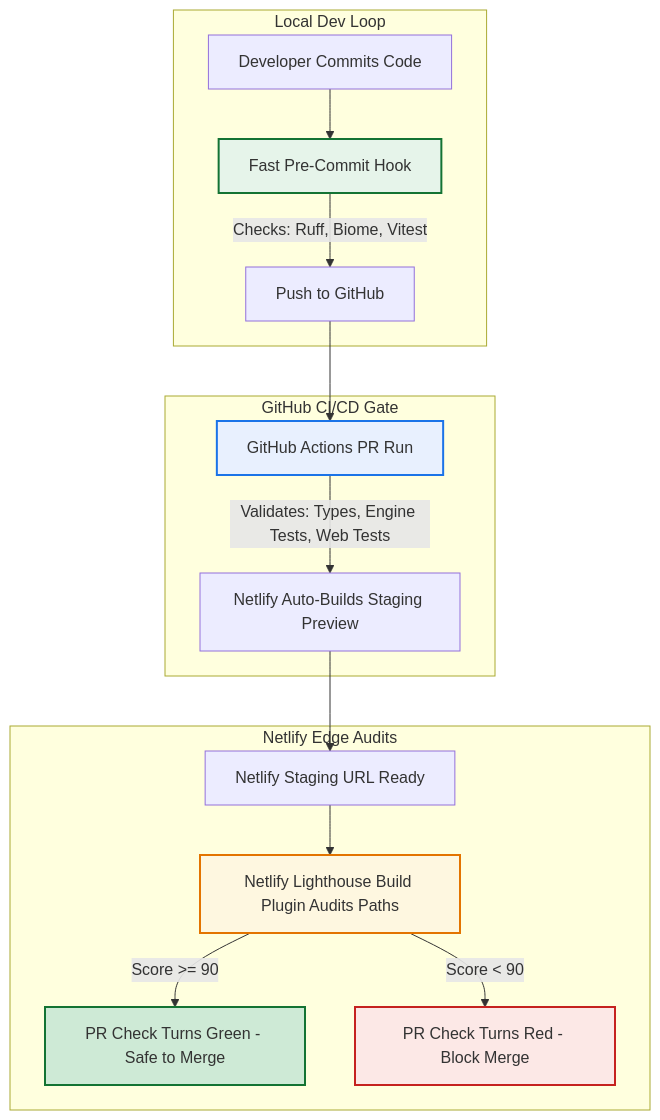
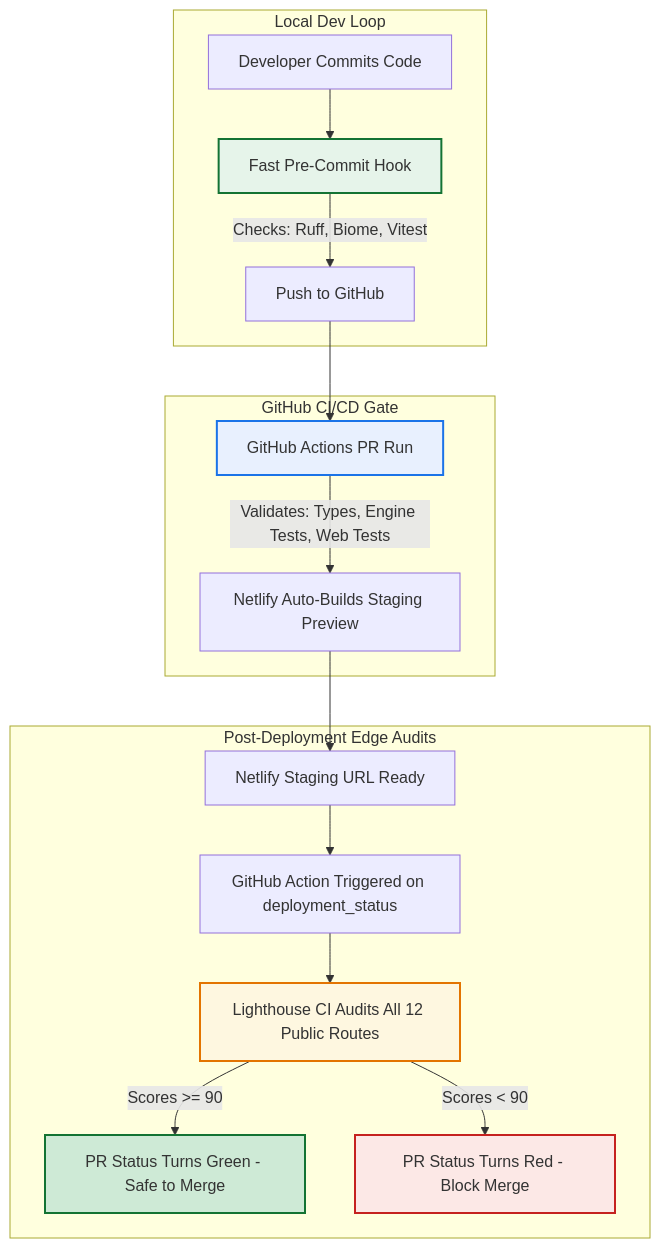
Before and after one commit to g-vega-cl/llm-market-bench: the diagram in wiki/concepts/performance-auditing-strategy.md, drawn with Mermaid. The commit also changed other lines of this file and 10 other files, not shown here.

````diff
--- a/wiki/concepts/performance-auditing-strategy.md
+++ b/wiki/concepts/performance-auditing-strategy.md
@@ -32,25 +32,26 @@
 ```mermaid
 graph TD
     subgraph Local Dev Loop
         A[Developer Commits Code] --> B[Fast Pre-Commit Hook]
         B -->|Checks: Ruff, Biome, Vitest| C[Push to GitHub]
     end
 
     subgraph GitHub CI/CD Gate
         C --> D[GitHub Actions PR Run]
         D -->|Validates: Types, Engine Tests, Web Tests| E[Netlify Auto-Builds Staging Preview]
     end
 
-    subgraph Netlify Edge Audits
+    subgraph Post-Deployment Edge Audits
         E --> F[Netlify Staging URL Ready]
-        F --> G[Netlify Lighthouse Build Plugin Audits Paths]
-        G -->|Score >= 90| H[PR Check Turns Green - Safe to Merge]
-        G -->|Score < 90| I[PR Check Turns Red - Block Merge]
+        F --> G[GitHub Action Triggered on deployment_status]
+        G --> H[Lighthouse CI Audits All 12 Public Routes]
+        H -->|Scores >= 90| I[PR Status Turns Green - Safe to Merge]
+        H -->|Scores < 90| J[PR Status Turns Red - Block Merge]
     end
     
     style B fill:#e6f4ea,stroke:#137333,stroke-width:2px
     style D fill:#e8f0fe,stroke:#1a73e8,stroke-width:2px
-    style G fill:#fef7e0,stroke:#e37400,stroke-width:2px
-    style H fill:#ceead6,stroke:#137333,stroke-width:2px
-    style I fill:#fce8e6,stroke:#c5221f,stroke-width:2px
+    style H fill:#fef7e0,stroke:#e37400,stroke-width:2px
+    style I fill:#ceead6,stroke:#137333,stroke-width:2px
+    style J fill:#fce8e6,stroke:#c5221f,stroke-width:2px
 ```
````
